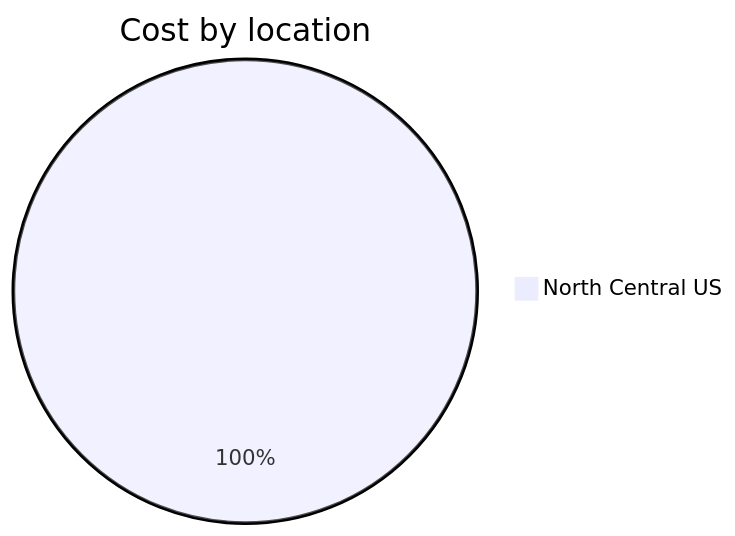
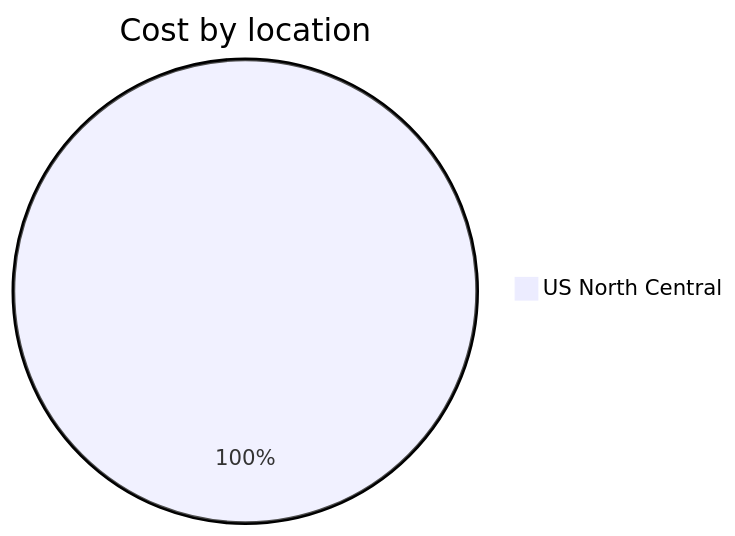
One commit to jpfulton/azure-personal-reports changed the third of 4 diagrams in cost-reports/personal-network/backup-server-public-ip.md. Above: the diagram before and after it, drawn with Mermaid. The commit also changed other lines of this file and 8 other files, not shown here.

````diff
--- a/cost-reports/personal-network/backup-server-public-ip.md
+++ b/cost-reports/personal-network/backup-server-public-ip.md
@@ -105,5 +105,5 @@
 ```mermaid
 pie
    title Cost by location
-   "North Central US" : 0.20
+   "US North Central" : 0.28
 ```
````
